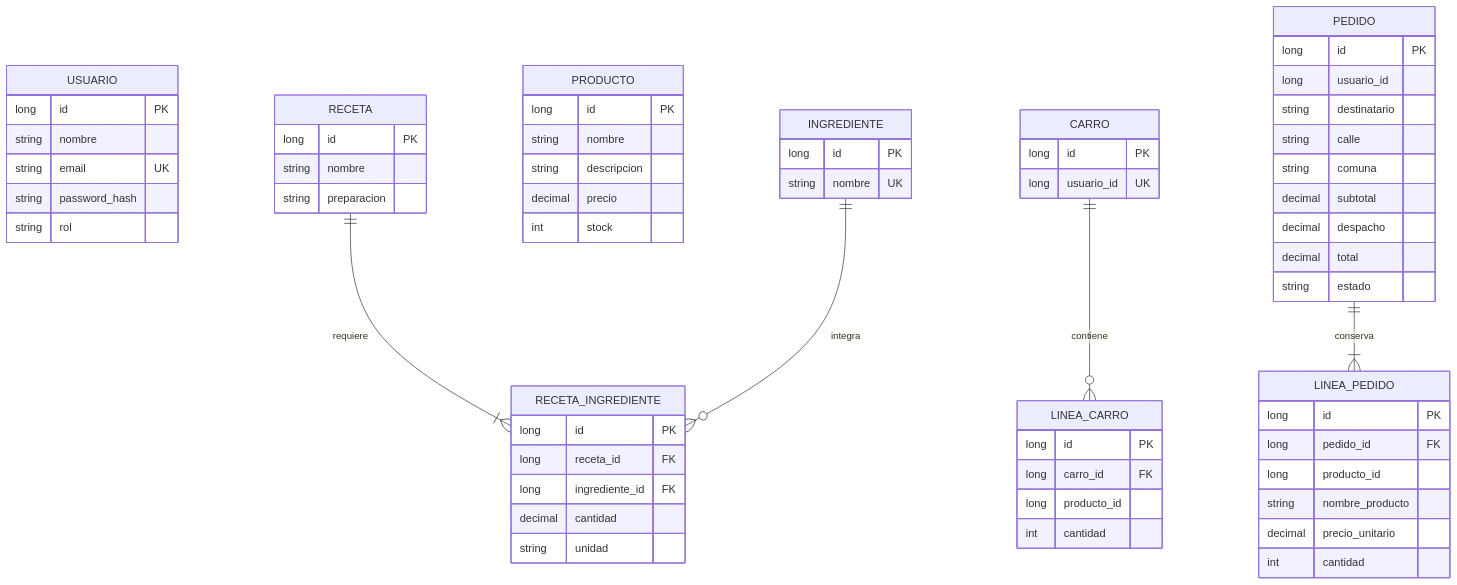
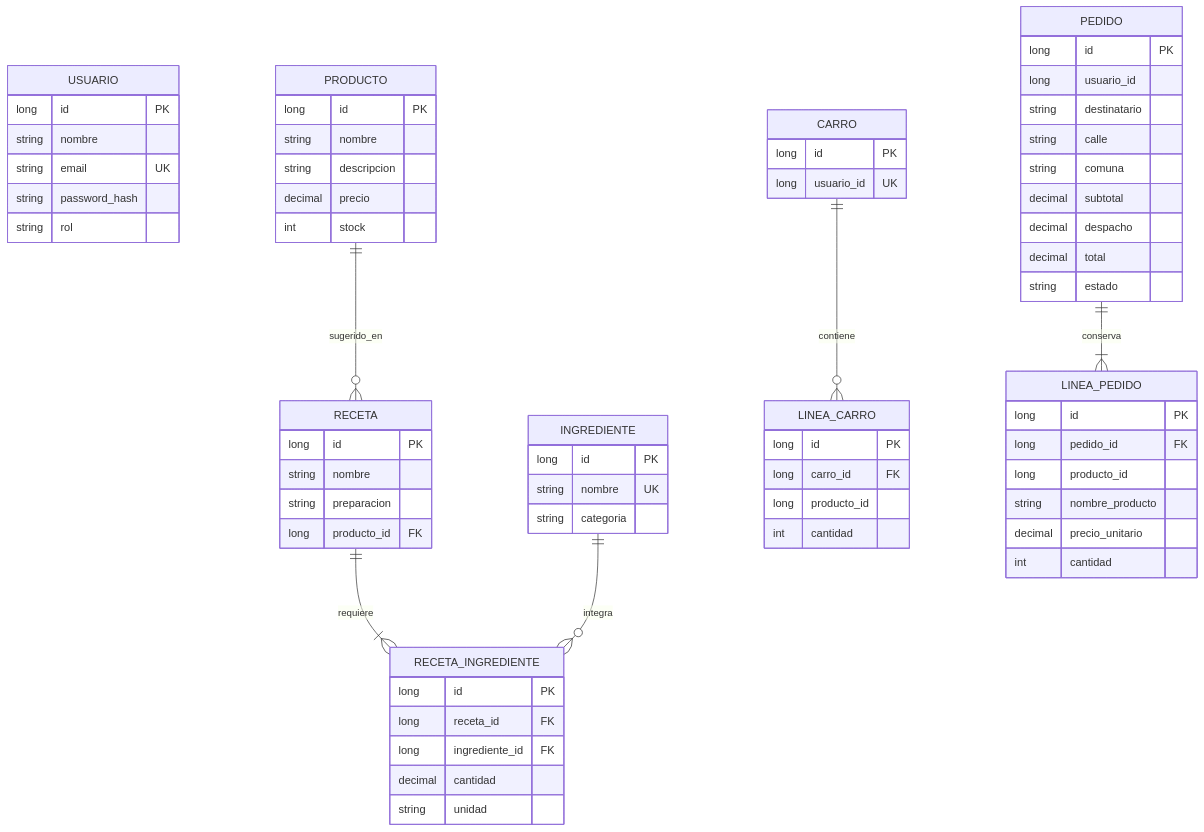
The diagram in docs/modelo-datos.md (Rabit21/Our_Sour_CF), drawn with Mermaid before and after one commit. The commit also changed other lines of this file and 26 other files, not shown here.

````diff
--- a/docs/modelo-datos.md
+++ b/docs/modelo-datos.md
@@ -17,66 +17,69 @@
 ```mermaid
 erDiagram
     USUARIO {
         long id PK
         string nombre
         string email UK
         string password_hash
         string rol
     }
     INGREDIENTE {
         long id PK
         string nombre UK
+        string categoria
     }
     PRODUCTO {
         long id PK
         string nombre
         string descripcion
         decimal precio
         int stock
     }
     RECETA {
         long id PK
         string nombre
         string preparacion
+        long producto_id FK
     }
     RECETA_INGREDIENTE {
         long id PK
         long receta_id FK
         long ingrediente_id FK
         decimal cantidad
         string unidad
     }
     CARRO {
         long id PK
         long usuario_id UK
     }
     LINEA_CARRO {
         long id PK
         long carro_id FK
         long producto_id
         int cantidad
     }
     PEDIDO {
         long id PK
         long usuario_id
         string destinatario
         string calle
         string comuna
         decimal subtotal
         decimal despacho
         decimal total
         string estado
     }
     LINEA_PEDIDO {
         long id PK
         long pedido_id FK
         long producto_id
         string nombre_producto
         decimal precio_unitario
         int cantidad
     }
     RECETA ||--|{ RECETA_INGREDIENTE : requiere
     INGREDIENTE ||--o{ RECETA_INGREDIENTE : integra
+    PRODUCTO ||--o{ RECETA : sugerido_en
     CARRO ||--o{ LINEA_CARRO : contiene
     PEDIDO ||--|{ LINEA_PEDIDO : conserva
 ```
````
